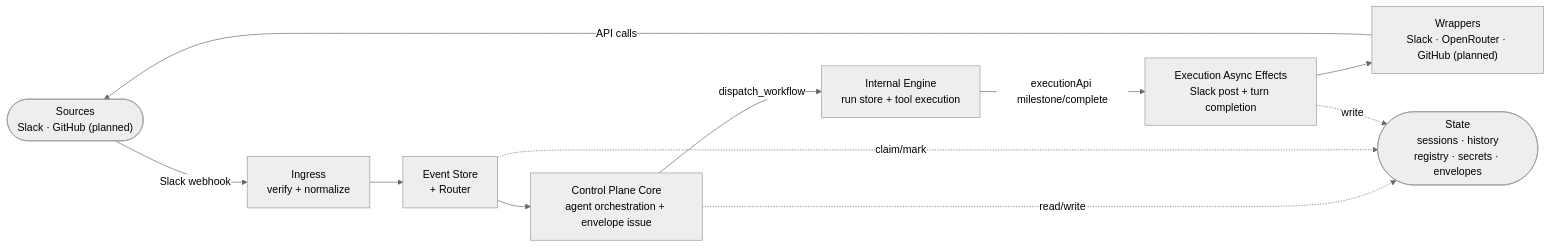
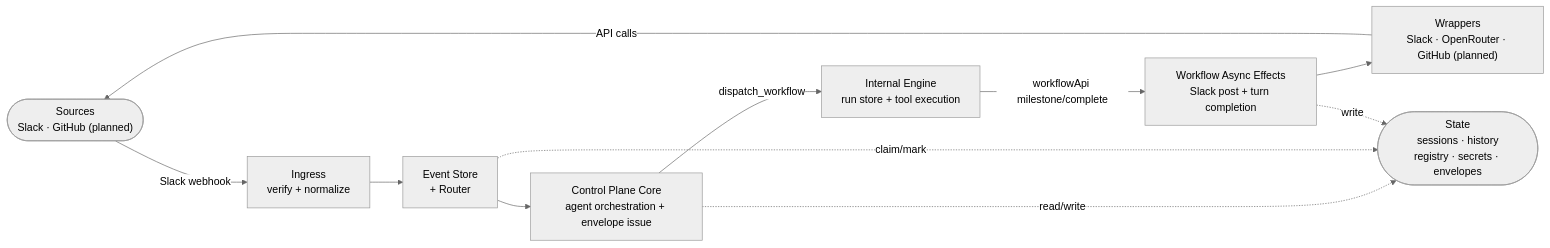
Before and after one commit to Looping-AI/looping-control-plane: the first of 2 diagrams in ARCHITECTURE.md, drawn with Mermaid (neutral theme). The commit also changed other lines of this file and 16 other files, not shown here.

First line of the commit message:
Fix/internal engine workflow runner (#66)

````diff
--- a/ARCHITECTURE.md
+++ b/ARCHITECTURE.md
@@ -87,18 +90,18 @@
 ```mermaid
 flowchart LR
   Ext(["Sources\nSlack · GitHub (planned)"])
   Ing["Ingress\nverify + normalize"]
   ED["Event Store\n+ Router"]
   Core["Control Plane Core\nagent orchestration + envelope issue"]
   Engine["Internal Engine\nrun store + tool execution"]
-  AsyncFx["Execution Async Effects\nSlack post + turn completion"]
+  AsyncFx["Workflow Async Effects\nSlack post + turn completion"]
   IO["Wrappers\nSlack · OpenRouter · GitHub (planned)"]
   State(["State\nsessions · history\nregistry · secrets · envelopes"])
 
   Ext -->|Slack webhook| Ing --> ED --> Core
   Core -->|dispatch_workflow| Engine
-  Engine -->|executionApi milestone/complete| AsyncFx --> IO -->|API calls| Ext
+  Engine -->|workflowApi milestone/complete| AsyncFx --> IO -->|API calls| Ext
   Core -.->|read/write| State
   ED -.->|claim/mark| State
   AsyncFx -.->|write| State
 ```
````
